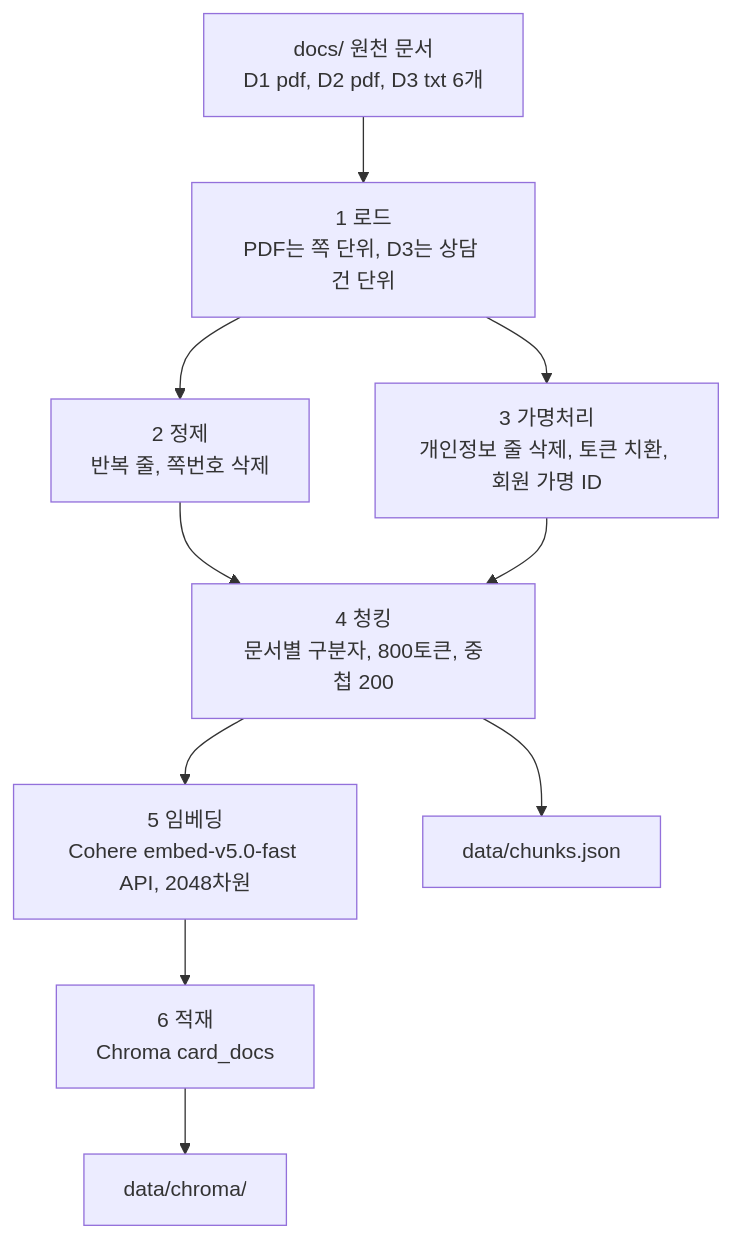
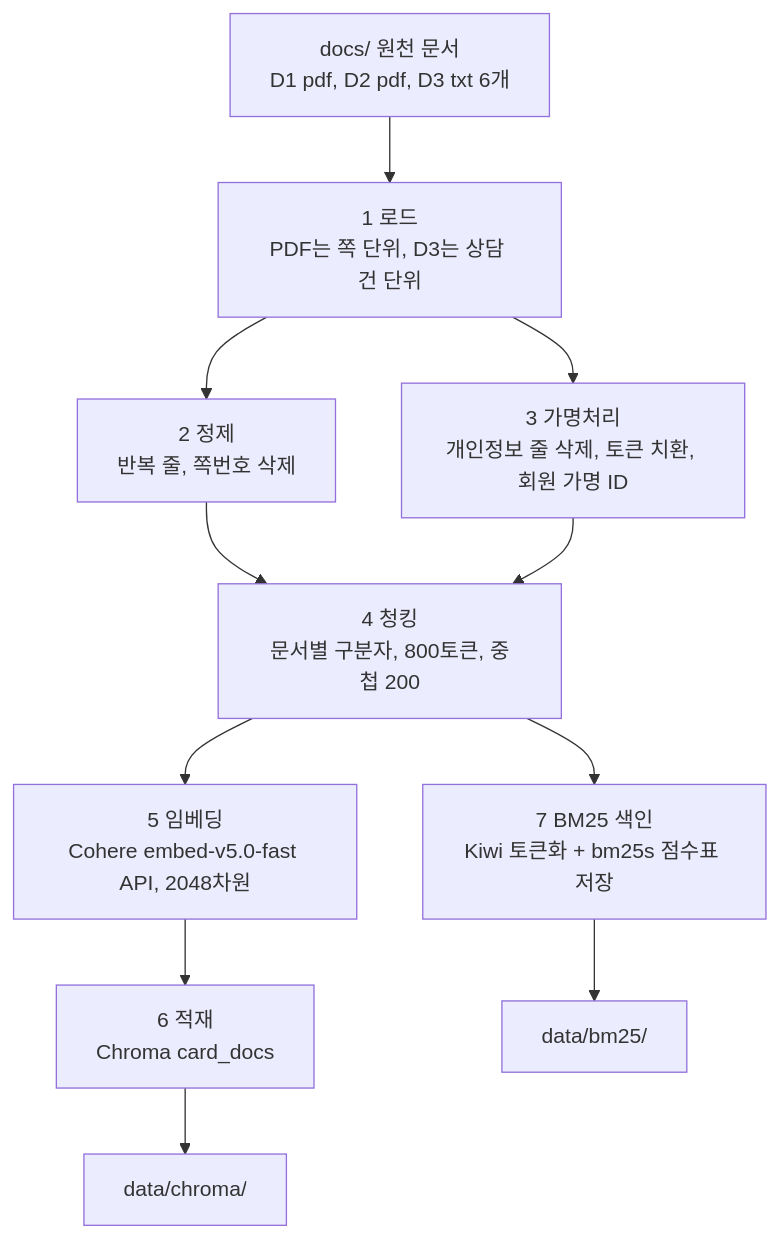
One commit to unicorn-campus/hybrid-ai changed the diagram in hands-on/solutions/rag/indexing/README.md. Above: the diagram before and after it, drawn with Mermaid. The commit also changed other lines of this file and 12 other files, not shown here.

First line of the commit message:
BM25 색인을 인덱싱 7단계(bm25s)로 옮기고 chunks.json 폐지

````diff
--- a/hands-on/solutions/rag/indexing/README.md
+++ b/hands-on/solutions/rag/indexing/README.md
@@ -25,12 +29,13 @@
 ```mermaid
 flowchart TD
     A[docs/ 원천 문서<br/>D1 pdf, D2 pdf, D3 txt 6개] --> B[1 로드<br/>PDF는 쪽 단위, D3는 상담 건 단위]
     B --> C[2 정제<br/>반복 줄, 쪽번호 삭제]
     B --> D[3 가명처리<br/>개인정보 줄 삭제, 토큰 치환, 회원 가명 ID]
     C --> E[4 청킹<br/>문서별 구분자, 800토큰, 중첩 200]
     D --> E
     E --> F[5 임베딩<br/>Cohere embed-v5.0-fast API, 2048차원]
     F --> G[6 적재<br/>Chroma card_docs]
-    E --> H[data/chunks.json]
+    E --> J[7 BM25 색인<br/>Kiwi 토큰화 + bm25s 점수표 저장]
     G --> I[data/chroma/]
+    J --> K[data/bm25/]
 ```
````
